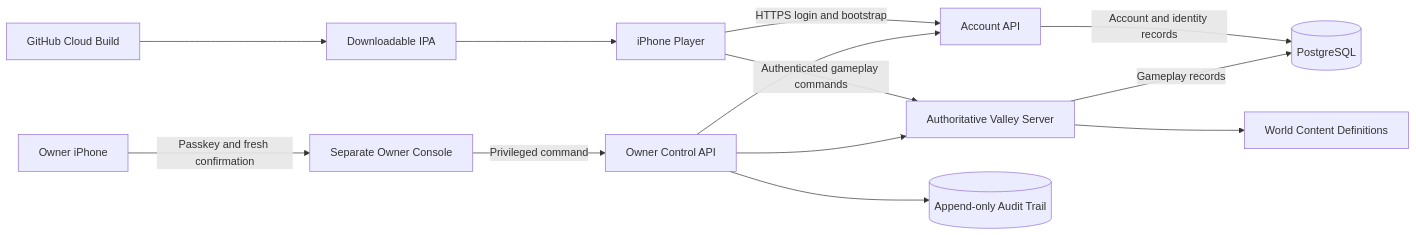
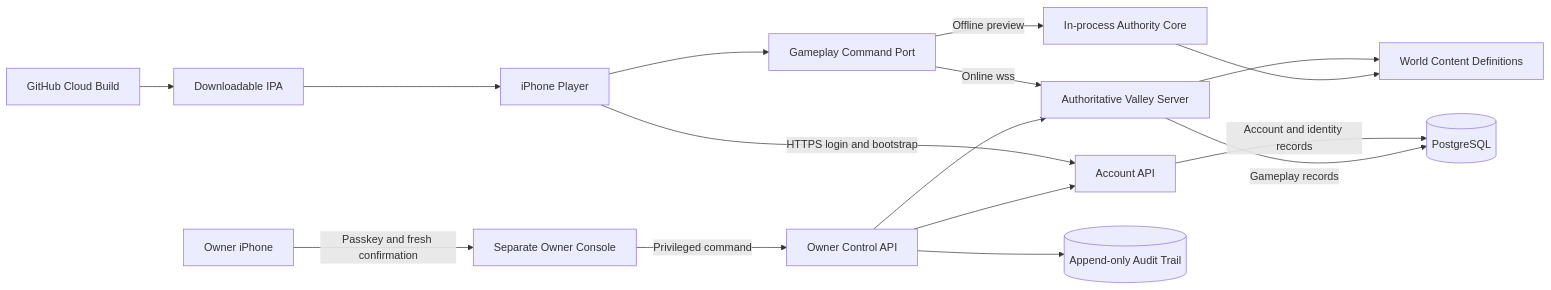
Before and after one commit to 2c2bhdhw9z-cell/CultivationMMO: the first of 2 diagrams in .kiro/specs/cultivation-mmo/design.md, drawn with Mermaid. The commit also changed other lines of this file and 11 other files, not shown here.

````diff
--- a/.kiro/specs/cultivation-mmo/design.md
+++ b/.kiro/specs/cultivation-mmo/design.md
@@ -74,15 +84,18 @@
 ```mermaid
 flowchart LR
-    P[iPhone Player] -->|HTTPS login and bootstrap| A[Account API]
-    P -->|Authenticated gameplay commands| Z[Authoritative Valley Server]
+    P[iPhone Player] --> C[Gameplay Command Port]
+    C -->|Offline preview| LA[In-process Authority Core]
+    C -->|Online wss| Z[Authoritative Valley Server]
+    P -->|HTTPS login and bootstrap| A[Account API]
     O[Owner iPhone] -->|Passkey and fresh confirmation| W[Separate Owner Console]
     W -->|Privileged command| M[Owner Control API]
     M --> A
     M --> Z
     A -->|Account and identity records| D[(PostgreSQL)]
     Z -->|Gameplay records| D
     M --> L[(Append-only Audit Trail)]
-    Z --> C[World Content Definitions]
+    Z --> WC[World Content Definitions]
+    LA --> WC
     G[GitHub Cloud Build] --> I[Downloadable IPA]
     I --> P
 ```
````
